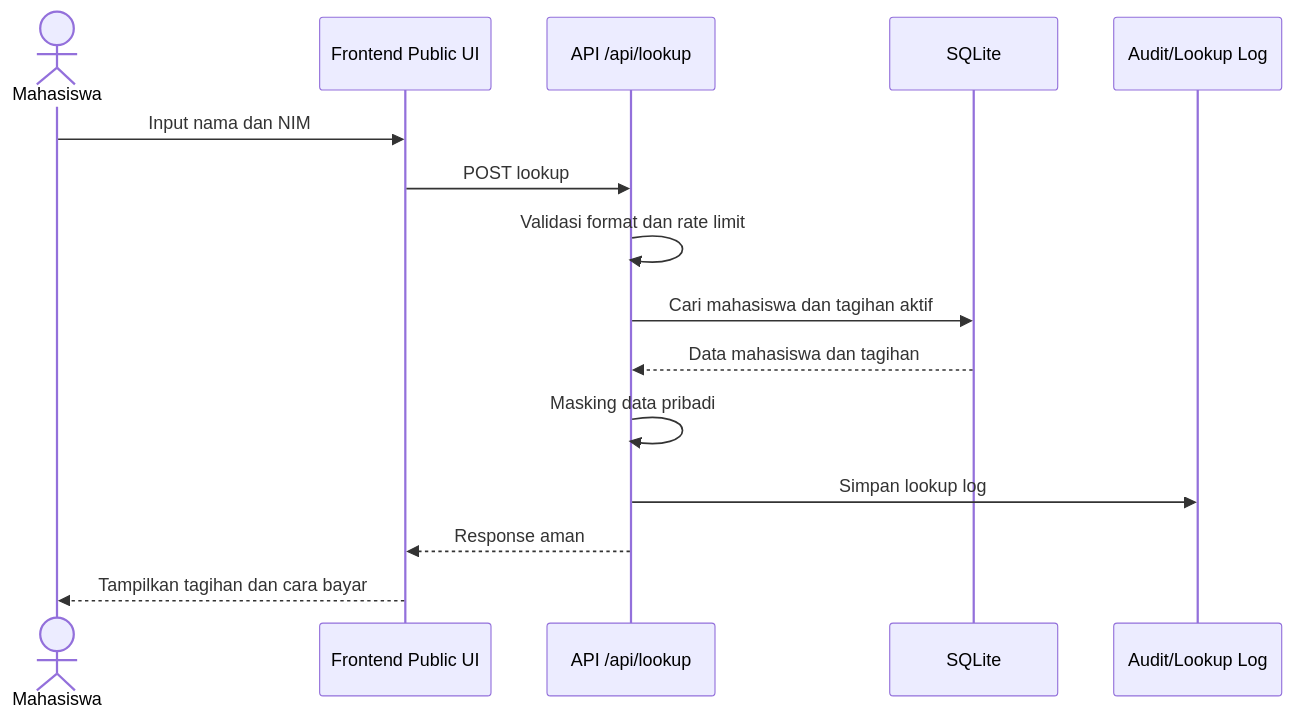
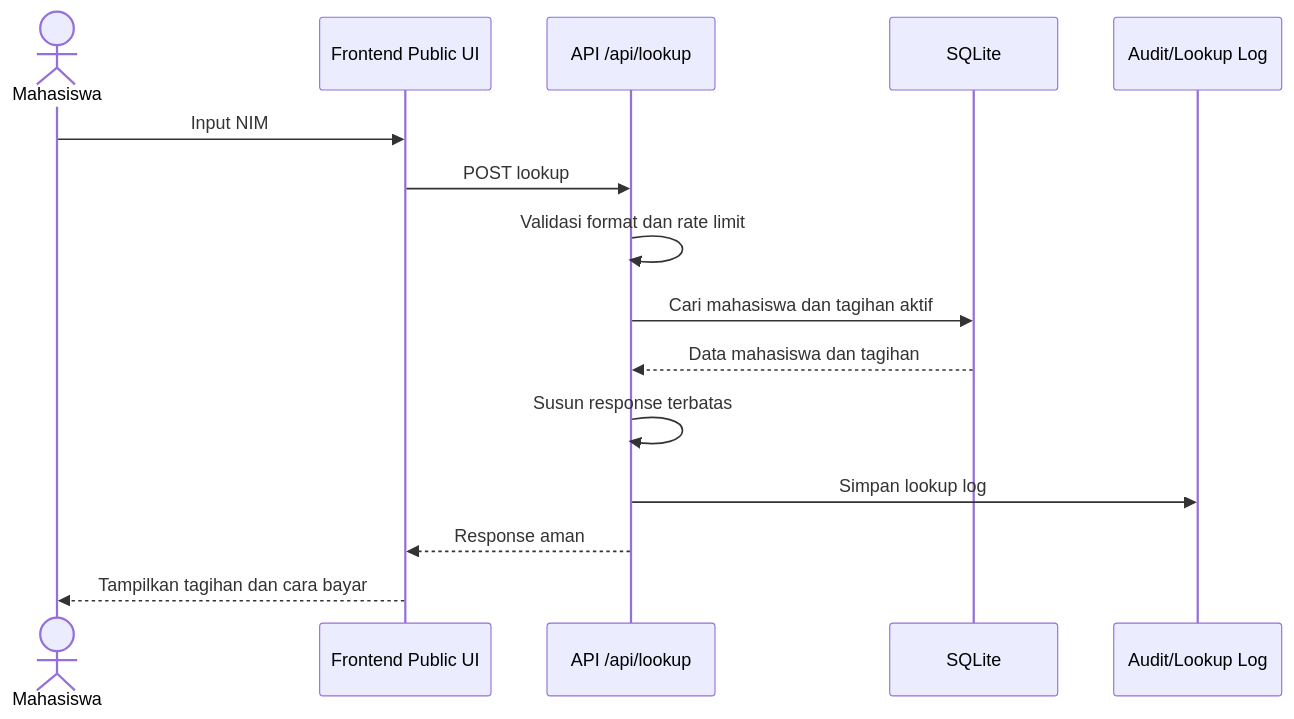
One commit to mtijan/Salut-Cek-Pembayaran changed the seventh of 25 diagrams in docs/03-diagrams.md. Above: the diagram before and after it, drawn with Mermaid. The commit also changed other lines of this file and 16 other files, not shown here.

Commit message:
feat: establish core project architecture, backend services, documentation, and security baseline definitions

````diff
--- a/docs/03-diagrams.md
+++ b/docs/03-diagrams.md
@@ -190,18 +189,18 @@
 ```mermaid
 sequenceDiagram
     actor Student as Mahasiswa
     participant UI as Frontend Public UI
     participant API as API /api/lookup
     participant DB as SQLite
     participant Log as Audit/Lookup Log
 
-    Student->>UI: Input nama dan NIM
+    Student->>UI: Input NIM
     UI->>API: POST lookup
     API->>API: Validasi format dan rate limit
     API->>DB: Cari mahasiswa dan tagihan aktif
     DB-->>API: Data mahasiswa dan tagihan
-    API->>API: Masking data pribadi
+    API->>API: Susun response terbatas
     API->>Log: Simpan lookup log
     API-->>UI: Response aman
     UI-->>Student: Tampilkan tagihan dan cara bayar
 ```
````
